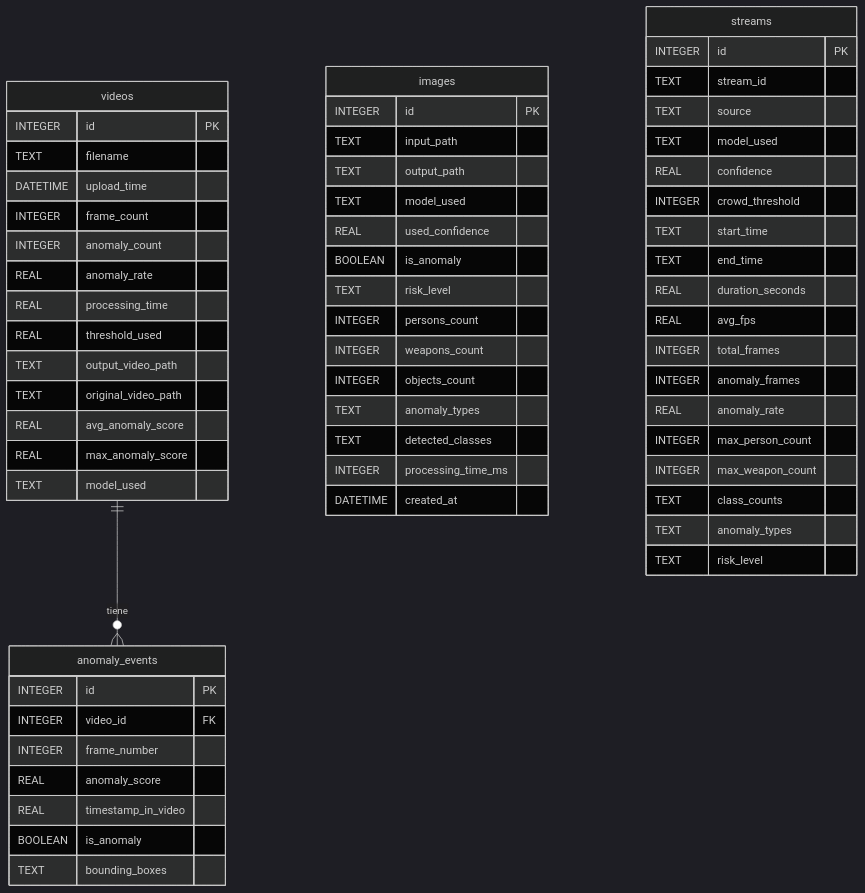
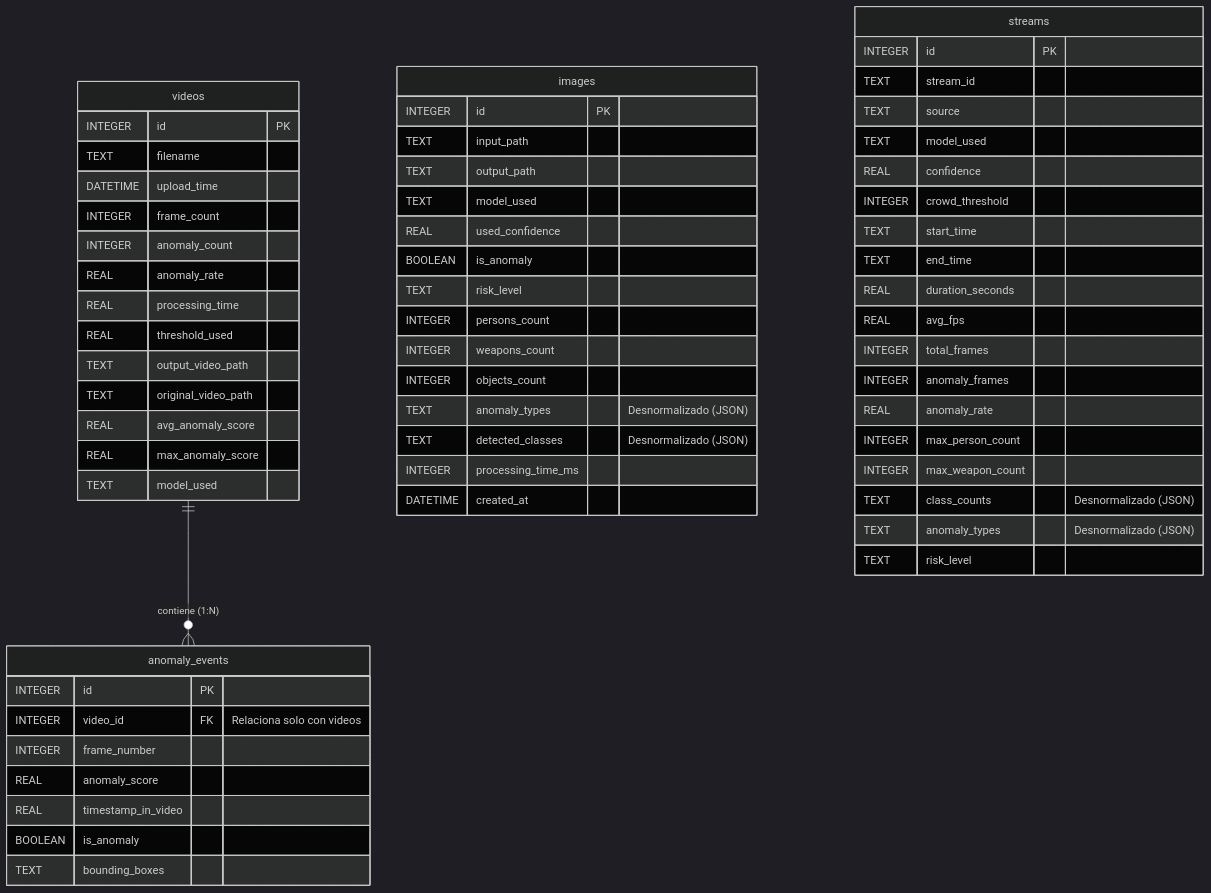
The sixth of 6 diagrams in README.md (Sibahia/Iris-System-Detector-IA), drawn with Mermaid (dark theme) before and after one commit. The commit also changed other lines of this file and 1 other file, not shown here.

Commit message:
docs: clarify database ER design and hybrid persistence strategy in README

````diff
--- a/README.md
+++ b/README.md
@@ -157,68 +157,68 @@
 ```mermaid
 erDiagram
     videos {
         INTEGER id PK
         TEXT filename
         DATETIME upload_time
         INTEGER frame_count
         INTEGER anomaly_count
         REAL anomaly_rate
         REAL processing_time
         REAL threshold_used
         TEXT output_video_path
         TEXT original_video_path
         REAL avg_anomaly_score
         REAL max_anomaly_score
         TEXT model_used
     }
 
     anomaly_events {
         INTEGER id PK
-        INTEGER video_id FK
+        INTEGER video_id FK "Relaciona solo con videos"
         INTEGER frame_number
         REAL anomaly_score
         REAL timestamp_in_video
         BOOLEAN is_anomaly
         TEXT bounding_boxes
     }
 
     images {
         INTEGER id PK
         TEXT input_path
         TEXT output_path
         TEXT model_used
         REAL used_confidence
         BOOLEAN is_anomaly
         TEXT risk_level
         INTEGER persons_count
         INTEGER weapons_count
         INTEGER objects_count
-        TEXT anomaly_types
-        TEXT detected_classes
+        TEXT anomaly_types "Desnormalizado (JSON)"
+        TEXT detected_classes "Desnormalizado (JSON)"
         INTEGER processing_time_ms
         DATETIME created_at
     }
 
     streams {
         INTEGER id PK
         TEXT stream_id
         TEXT source
         TEXT model_used
         REAL confidence
         INTEGER crowd_threshold
         TEXT start_time
         TEXT end_time
         REAL duration_seconds
         REAL avg_fps
         INTEGER total_frames
         INTEGER anomaly_frames
         REAL anomaly_rate
         INTEGER max_person_count
         INTEGER max_weapon_count
-        TEXT class_counts
-        TEXT anomaly_types
+        TEXT class_counts "Desnormalizado (JSON)"
+        TEXT anomaly_types "Desnormalizado (JSON)"
         TEXT risk_level
     }
 
-    videos ||--o{ anomaly_events : "tiene"
+    videos ||--o{ anomaly_events : "contiene (1:N)"
 ```
````
